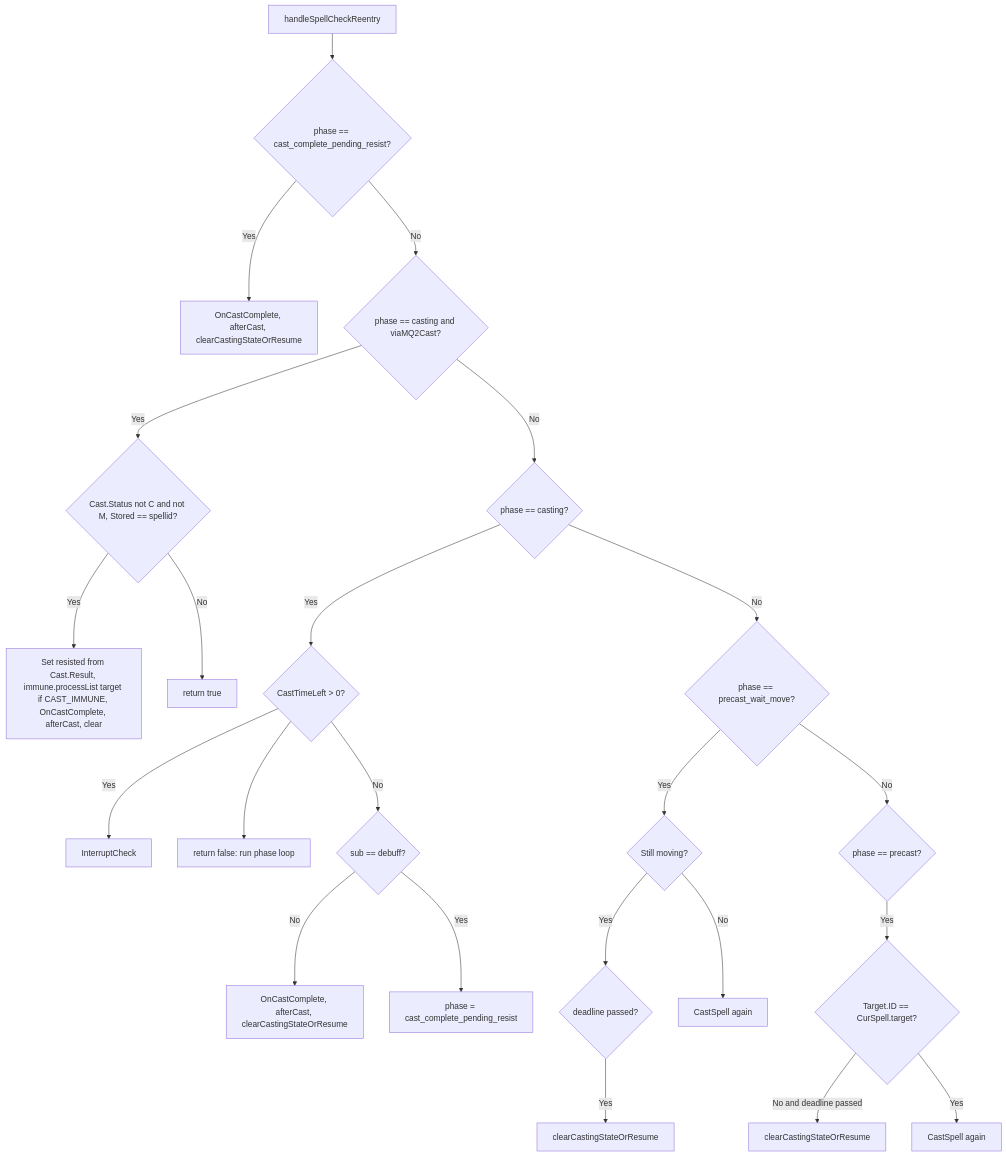
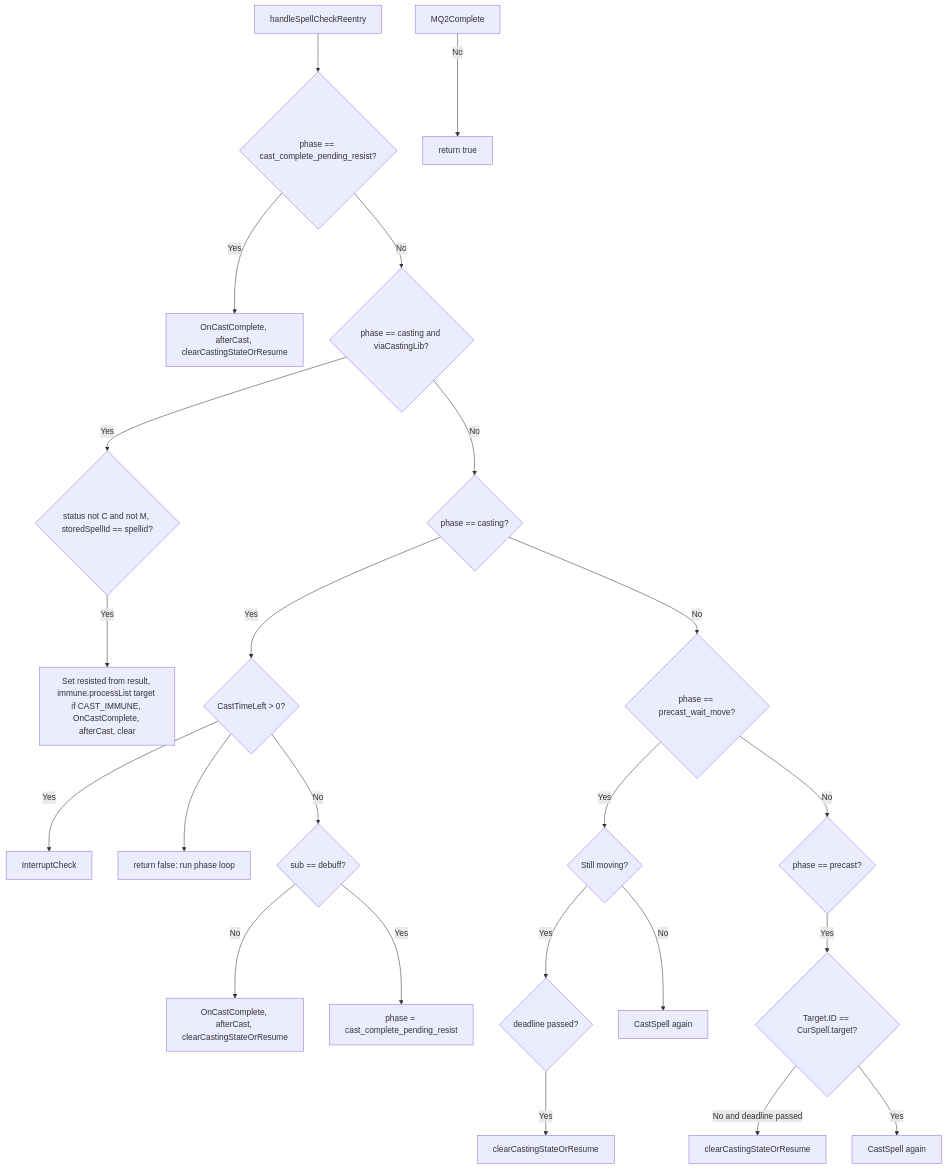
One commit to Cezero/czbot changed the third of 3 diagrams in docs/botlogic/spell-casting-flow.md. Above: the diagram before and after it, drawn with Mermaid. The commit also changed other lines of this file and 16 other files, not shown here.

````diff
--- a/docs/botlogic/spell-casting-flow.md
+++ b/docs/botlogic/spell-casting-flow.md
@@ -72,26 +72,26 @@
 ```mermaid
 flowchart TB
     Reentry[handleSpellCheckReentry] --> P1{phase == cast_complete_pending_resist?}
     P1 -->|Yes| OnCastResist[OnCastComplete, afterCast, clearCastingStateOrResume]
-    P1 -->|No| P1b{phase == casting and viaMQ2Cast?}
-    P1b -->|Yes| MQ2Complete{Cast.Status not C and not M, Stored == spellid?}
-    MQ2Complete -->|Yes| OnCastMQ2[Set resisted from Cast.Result, immune.processList target if CAST_IMMUNE, OnCastComplete, afterCast, clear]
+    P1 -->|No| P1b{phase == casting and viaCastingLib?}
+    P1b -->|Yes| CastLibComplete{status not C and not M, storedSpellId == spellid?}
+    CastLibComplete -->|Yes| OnCastLib[Set resisted from result, immune.processList target if CAST_IMMUNE, OnCastComplete, afterCast, clear]
     MQ2Complete -->|No| WaitReentry[return true]
     P1b -->|No| P2{phase == casting?}
     P2 -->|Yes| Interrupt{CastTimeLeft > 0?}
     Interrupt -->|Yes| InterruptCheck[InterruptCheck]
     Interrupt --> No
     Interrupt -->|No| Done{sub == debuff?}
     Done -->|No| OnCast[OnCastComplete, afterCast, clearCastingStateOrResume]
     Done -->|Yes| PendingResist[phase = cast_complete_pending_resist]
     P2 -->|No| P3{phase == precast_wait_move?}
     P3 -->|Yes| WaitMove{Still moving?}
     WaitMove -->|Yes| DeadlineMove{deadline passed?}
     DeadlineMove -->|Yes| ClearMove[clearCastingStateOrResume]
     WaitMove -->|No| CastAgain[CastSpell again]
     P3 -->|No| P4{phase == precast?}
     P4 -->|Yes| TargetSet{Target.ID == CurSpell.target?}
     TargetSet -->|No and deadline passed| ClearPrecast[clearCastingStateOrResume]
     TargetSet -->|Yes| CastAgain2[CastSpell again]
     No[return false: run phase loop]
 ```
````
